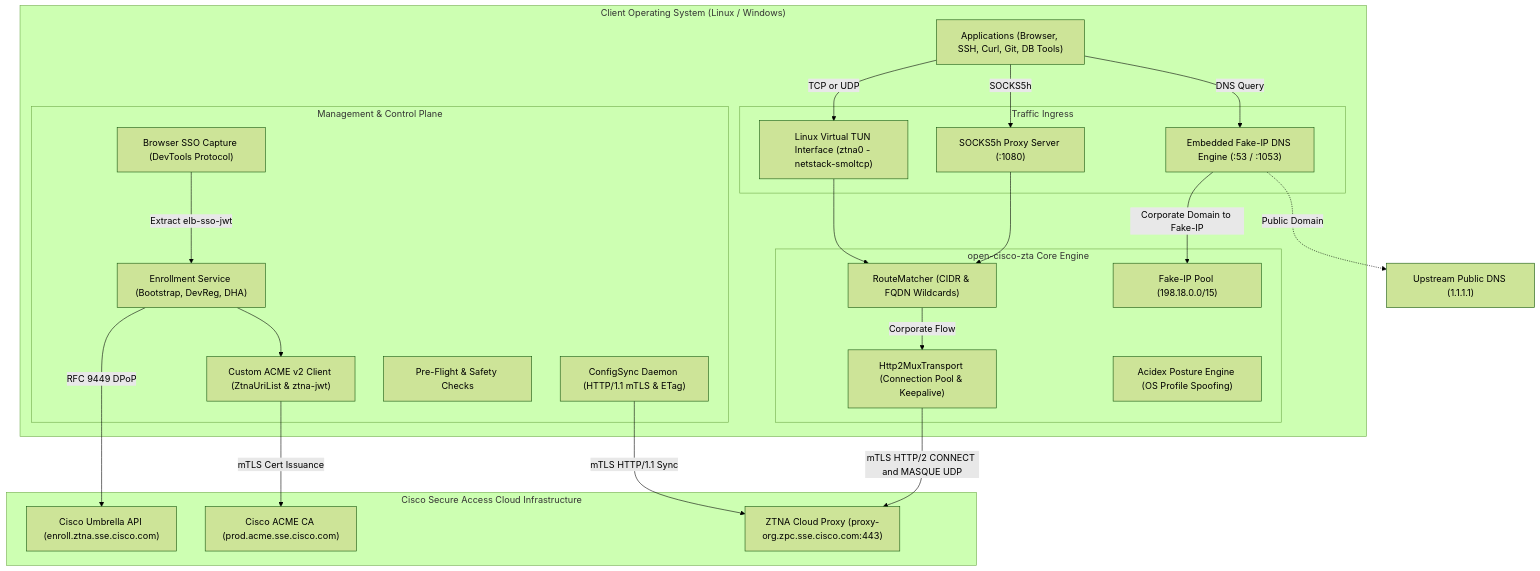
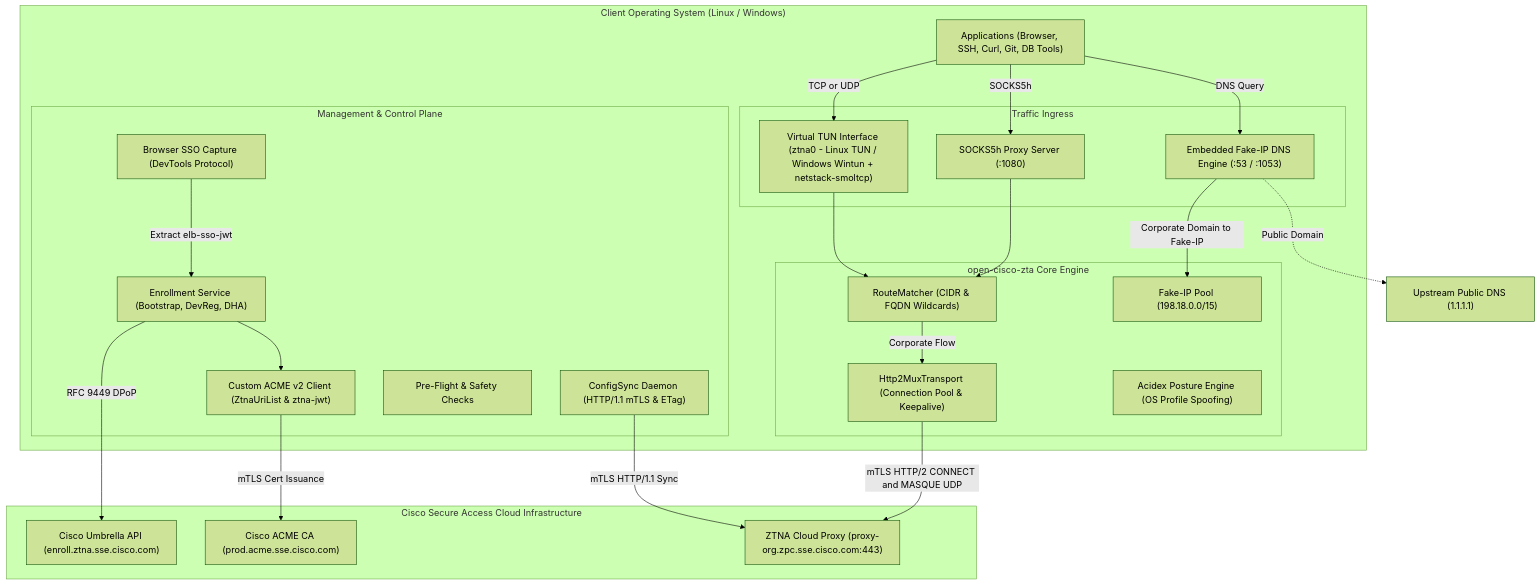
The diagram in docs/architecture.md (LittleCrabby/open-cisco-zta), drawn with Mermaid (forest theme) before and after one commit. The commit also changed other lines of this file and 4 other files, not shown here.

Commit message:
docs: update README, architecture, and guidelines for Windows TUN mode

````diff
--- a/docs/architecture.md
+++ b/docs/architecture.md
@@ -18,52 +18,52 @@
 ```mermaid
 flowchart TD
     subgraph UserSpace["Client Operating System (Linux / Windows)"]
         Apps["Applications (Browser, SSH, Curl, Git, DB Tools)"]
         
         subgraph Ingress["Traffic Ingress"]
             SOCKS["SOCKS5h Proxy Server (:1080)"]
-            TUN["Linux Virtual TUN Interface (ztna0 - netstack-smoltcp)"]
+            TUN["Virtual TUN Interface (ztna0 - Linux TUN / Windows Wintun + netstack-smoltcp)"]
             DNS["Embedded Fake-IP DNS Engine (:53 / :1053)"]
         end
 
         subgraph Core["open-cisco-zta Core Engine"]
             Router["RouteMatcher (CIDR & FQDN Wildcards)"]
             FakePool["Fake-IP Pool (198.18.0.0/15)"]
             Mux["Http2MuxTransport (Connection Pool & Keepalive)"]
             Posture["Acidex Posture Engine (OS Profile Spoofing)"]
         end
 
         subgraph Control["Management & Control Plane"]
             Enroll["Enrollment Service (Bootstrap, DevReg, DHA)"]
             Browser["Browser SSO Capture (DevTools Protocol)"]
             ACME["Custom ACME v2 Client (ZtnaUriList & ztna-jwt)"]
             Sync["ConfigSync Daemon (HTTP/1.1 mTLS & ETag)"]
             SysCheck["Pre-Flight & Safety Checks"]
         end
     end
 
     subgraph CiscoCloud["Cisco Secure Access Cloud Infrastructure"]
         Umbrella["Cisco Umbrella API (enroll.ztna.sse.cisco.com)"]
         CiscoACME["Cisco ACME CA (prod.acme.sse.cisco.com)"]
         Proxy["ZTNA Cloud Proxy (proxy-org.zpc.sse.cisco.com:443)"]
     end
 
     Apps -->|TCP or UDP| TUN
     Apps -->|SOCKS5h| SOCKS
     Apps -->|DNS Query| DNS
 
     DNS -->|Corporate Domain to Fake-IP| FakePool
     DNS -.->|Public Domain| UpstreamDNS["Upstream Public DNS (1.1.1.1)"]
 
     TUN --> Router
     SOCKS --> Router
     Router -->|Corporate Flow| Mux
 
     Enroll -->|RFC 9449 DPoP| Umbrella
     Browser -->|Extract elb-sso-jwt| Enroll
     Enroll --> ACME
     ACME -->|mTLS Cert Issuance| CiscoACME
     Sync -->|mTLS HTTP/1.1 Sync| Proxy
 
     Mux -->|mTLS HTTP/2 CONNECT and MASQUE UDP| Proxy
 ```
````
